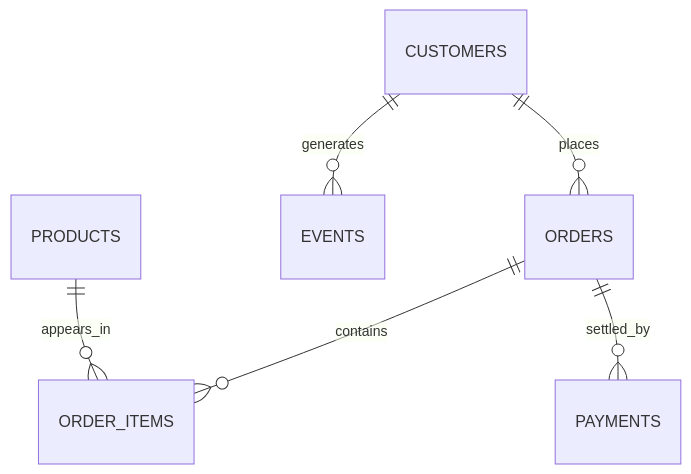
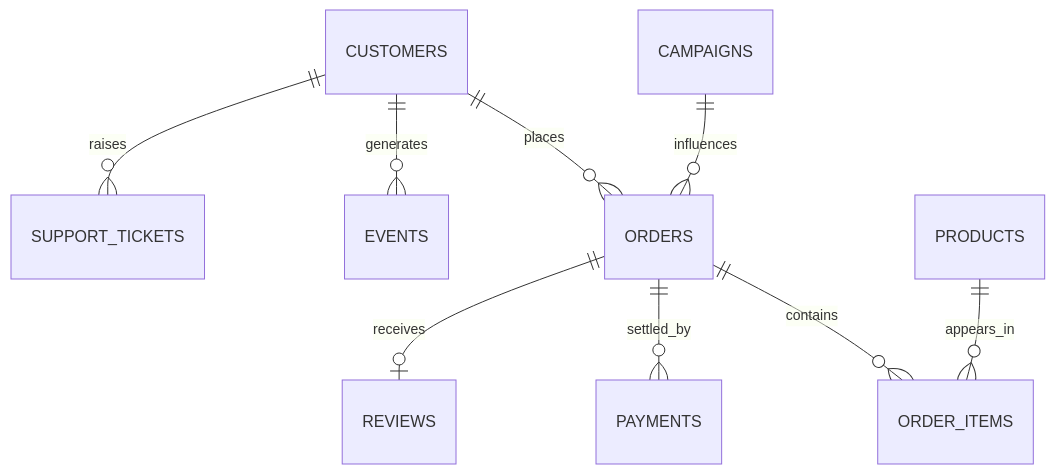
Before and after one commit to fde-academy-lab/c2-content-factory: the diagram in wiki/Kalpa-Retail.md, drawn with Mermaid. The commit also changed other lines of this file and 9 other files, not shown here.

````diff
--- a/wiki/Kalpa-Retail.md
+++ b/wiki/Kalpa-Retail.md
@@ -34,8 +45,11 @@
 ```mermaid
 erDiagram
     CUSTOMERS ||--o{ ORDERS : places
     CUSTOMERS ||--o{ EVENTS : generates
+    CUSTOMERS ||--o{ SUPPORT_TICKETS : raises
     ORDERS ||--o{ ORDER_ITEMS : contains
     ORDERS ||--o{ PAYMENTS : settled_by
+    ORDERS ||--o| REVIEWS : receives
     PRODUCTS ||--o{ ORDER_ITEMS : appears_in
+    CAMPAIGNS ||--o{ ORDERS : influences
 ```
````
